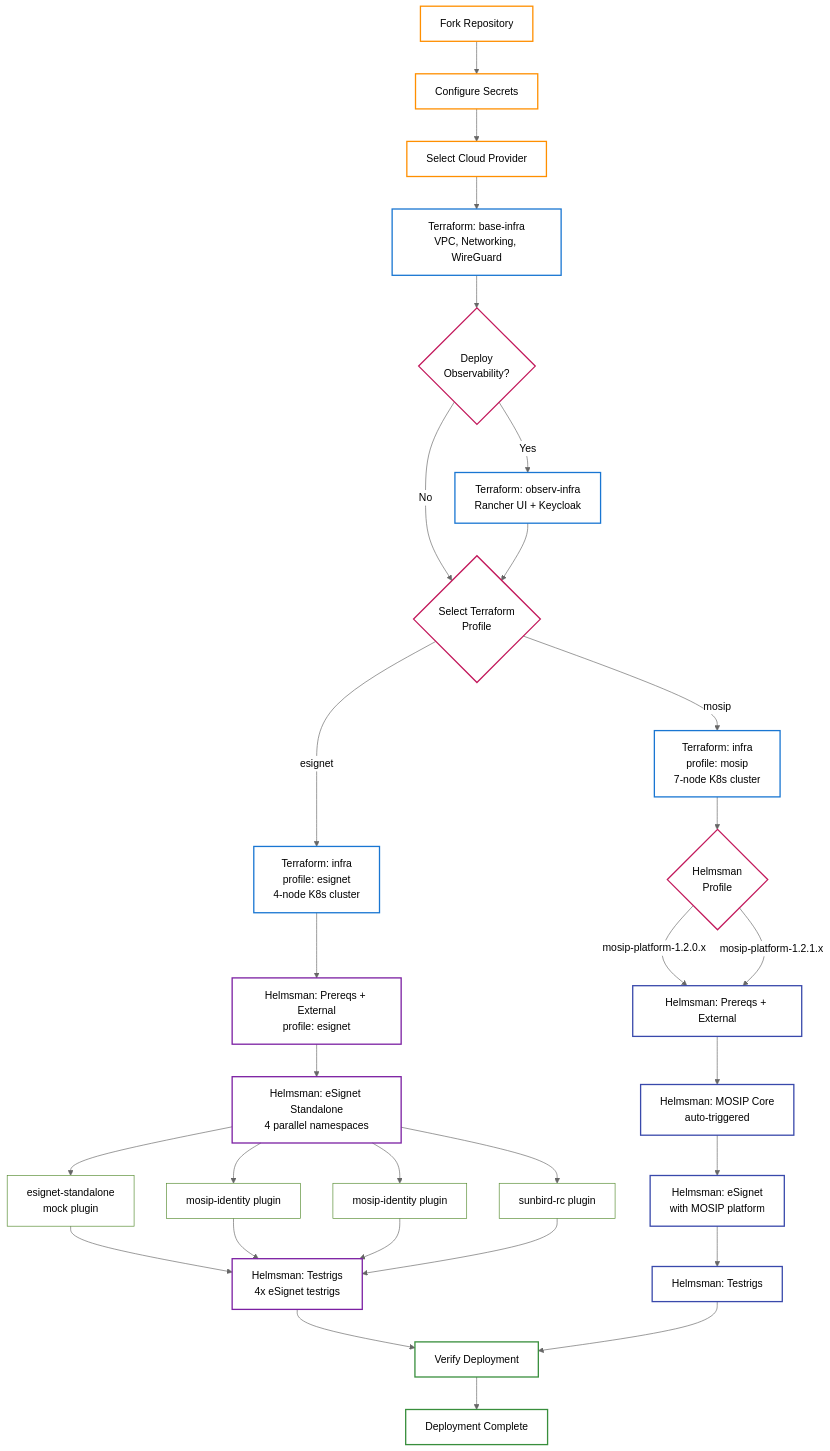
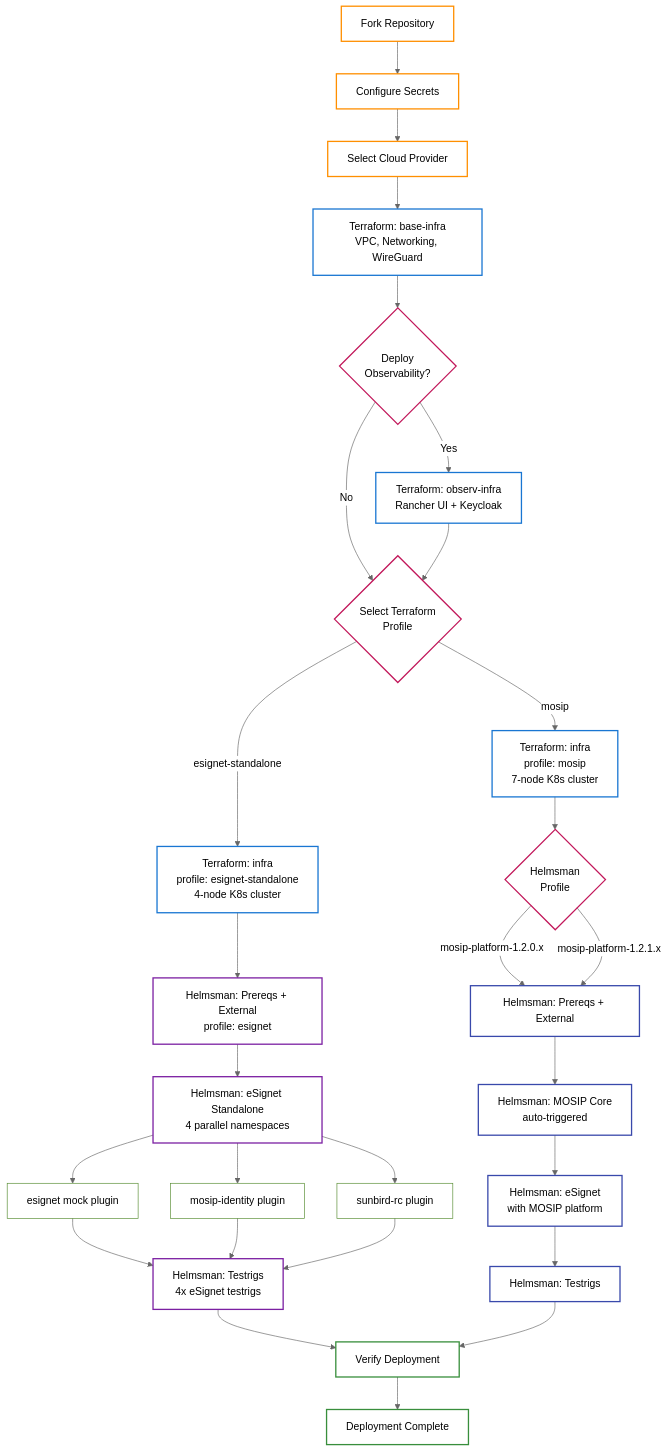
The diagram in README.md (mosip/infra), drawn with Mermaid before and after one commit.

Commit message:
fix: update flow diagram esignet references to esignet-standalone
- Rename esignet-standalone mock plugin node label
- Remove duplicate mosip-identity plugin node
- Update Terraform profile label from esignet to esignet-standalone

````diff
--- a/README.md
+++ b/README.md
@@ -28,63 +28,61 @@
 ```mermaid
 %%{init: {'theme': 'neutral'}}%%
 graph TB
     %% Prerequisites
     A[Fork Repository] --> B[Configure Secrets]
     B --> C[Select Cloud Provider]
 
     %% Infrastructure Phase
     C --> D[Terraform: base-infra<br/>VPC, Networking, WireGuard]
     D --> OBS{Deploy<br/>Observability?}
     OBS -->|Yes| F[Terraform: observ-infra<br/>Rancher UI + Keycloak]
     OBS -->|No| PS
     F --> PS
 
     %% Terraform Profile Selection
     PS{Select Terraform<br/>Profile}
-    PS -->|esignet| TF_ES[Terraform: infra<br/>profile: esignet<br/>4-node K8s cluster]
+    PS -->|esignet-standalone| TF_ES[Terraform: infra<br/>profile: esignet-standalone<br/>4-node K8s cluster]
     PS -->|mosip| TF_MP[Terraform: infra<br/>profile: mosip<br/>7-node K8s cluster]
 
     %% ── eSignet Standalone Flow — Helmsman profile: esignet ─────
     TF_ES --> ES_EXT[Helmsman: Prereqs + External<br/>profile: esignet]
     ES_EXT --> ES_ESIGNET[Helmsman: eSignet Standalone<br/>4 parallel namespaces]
 
-    ES_ESIGNET --> NS1[esignet-standalone<br/>mock plugin]
+    ES_ESIGNET --> NS1[esignet mock plugin]
     ES_ESIGNET --> NS2[mosip-identity plugin]
-    ES_ESIGNET --> NS3[mosip-identity plugin]
     ES_ESIGNET --> NS4[sunbird-rc plugin]
 
     NS1 --> ES_TRIGS[Helmsman: Testrigs<br/>4x eSignet testrigs]
     NS2 --> ES_TRIGS
-    NS3 --> ES_TRIGS
     NS4 --> ES_TRIGS
 
     %% ── MOSIP Platform Flow — Helmsman profile selection ────────
     TF_MP --> MP_VER{Helmsman<br/>Profile}
     MP_VER -->|mosip-platform-1.2.0.x| MP_EXT[Helmsman: Prereqs + External]
     MP_VER -->|mosip-platform-1.2.1.x| MP_EXT
     MP_EXT --> MP_MOSIP[Helmsman: MOSIP Core<br/>auto-triggered]
     MP_MOSIP --> MP_ESIGNET[Helmsman: eSignet<br/>with MOSIP platform]
     MP_ESIGNET --> MP_TRIGS[Helmsman: Testrigs]
 
     %% Final Verification
     ES_TRIGS --> V[Verify Deployment]
     MP_TRIGS --> V
     V --> DONE[Deployment Complete]
 
     %% Styling — transparent fills for readability in both light and dark themes
     classDef prereq fill:none,stroke:#ff8f00,stroke-width:2px
     classDef terraform fill:none,stroke:#1976d2,stroke-width:2px
     classDef helmsman fill:none,stroke:#7b1fa2,stroke-width:2px
     classDef mosip fill:none,stroke:#3949ab,stroke-width:2px
     classDef ns fill:none,stroke:#558b2f,stroke-width:1px
     classDef success fill:none,stroke:#388e3c,stroke-width:2px
     classDef decision fill:none,stroke:#c2185b,stroke-width:2px
 
     class A,B,C prereq
     class D,F,TF_ES,TF_MP terraform
     class ES_EXT,ES_ESIGNET,ES_TRIGS helmsman
     class MP_EXT,MP_MOSIP,MP_ESIGNET,MP_TRIGS mosip
     class NS1,NS2,NS3,NS4 ns
     class V,DONE success
     class OBS,PS,MP_VER decision
 ```
````
